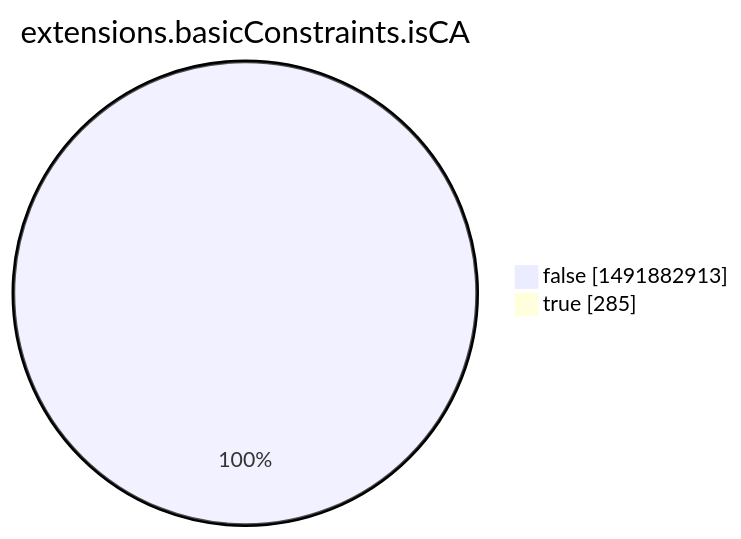
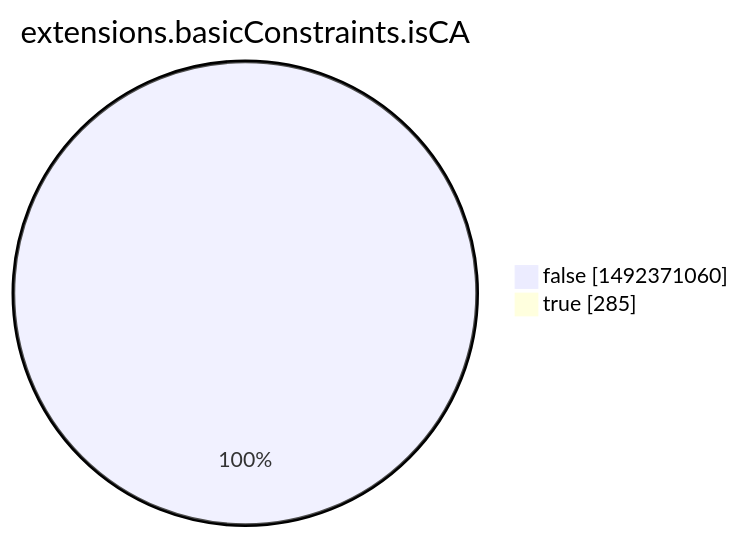
Before and after one commit to christiankrug/ctmonitor_visualization: the eighth of 15 diagrams in xenon2022/README.md, drawn with Mermaid. The commit also changed other lines of this file, not shown here.

````diff
--- a/xenon2022/README.md
+++ b/xenon2022/README.md
@@ -2851,6 +2852,6 @@
 ```mermaid
 pie showData
 title extensions.basicConstraints.isCA
-"false" :1491882913
+"false" :1492371060
 "true" :285
 ```
````
